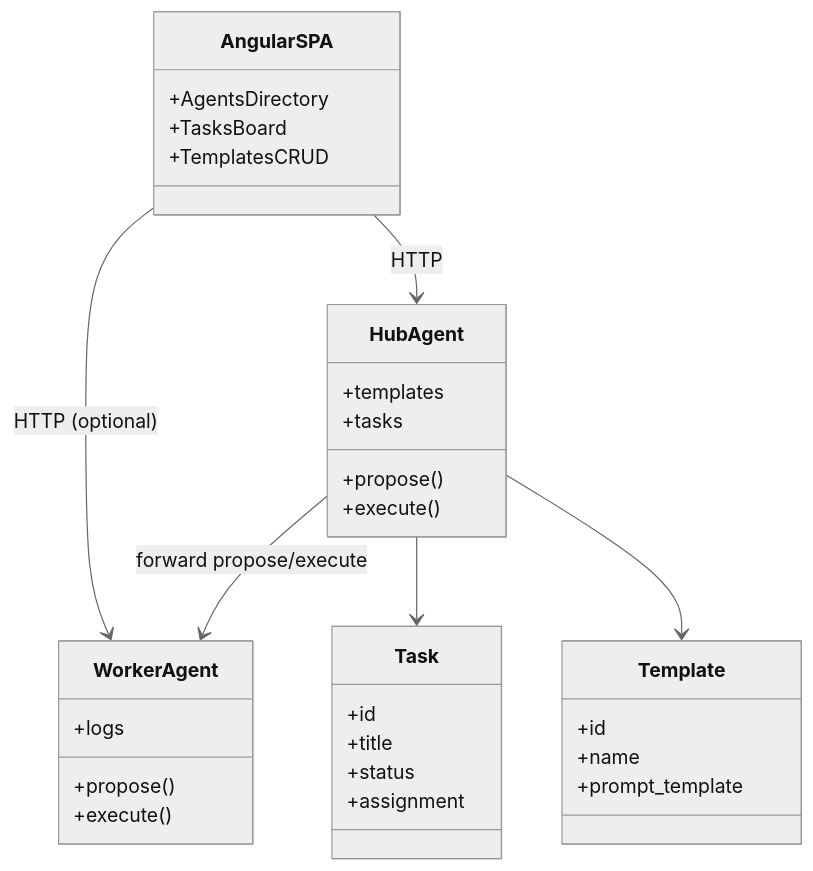
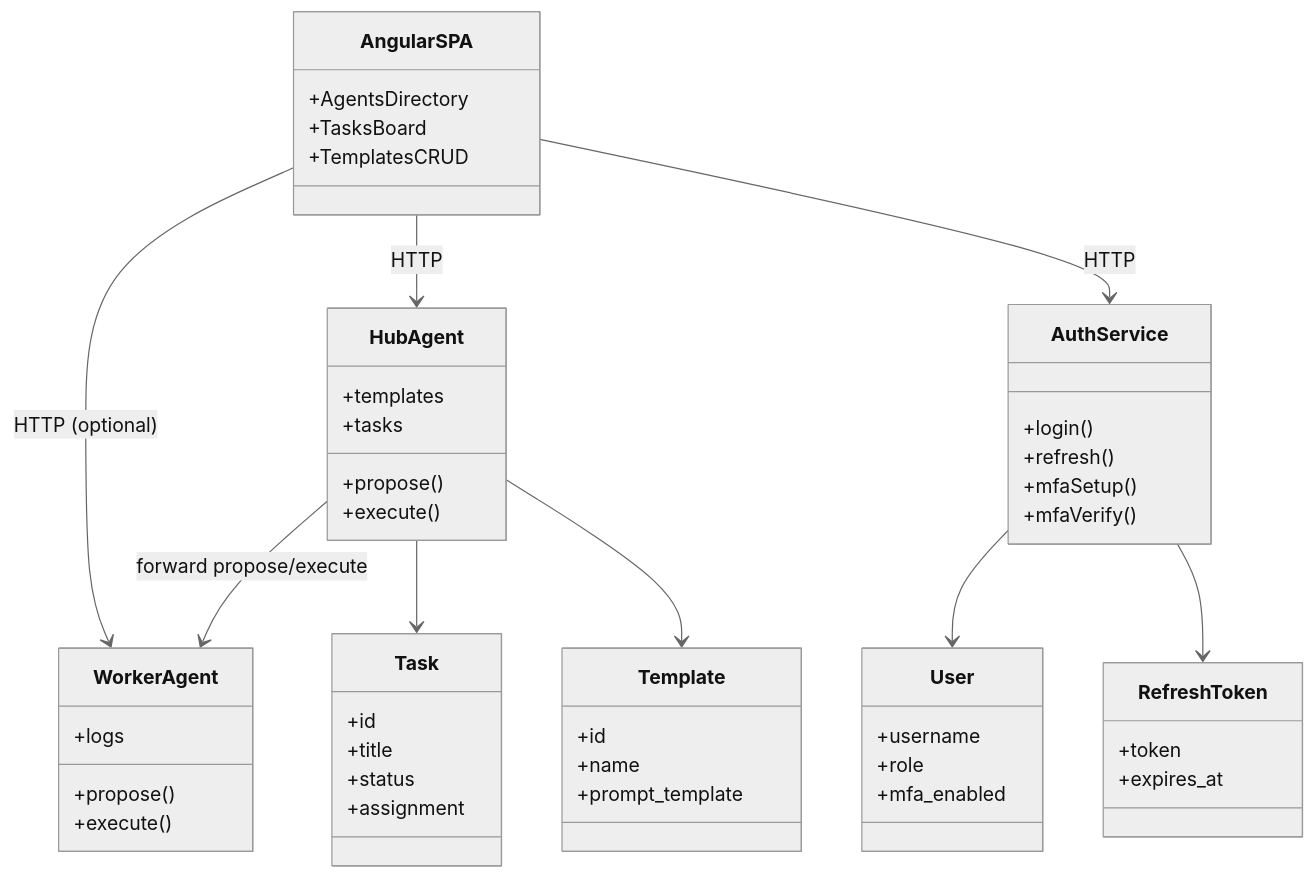
Before and after one commit to ananta888/ananta: the diagram in architektur/uml/backend-class-diagram.mmd, drawn with Mermaid (neutral theme). The commit also changed 8 other files, not shown here.

First line of the commit message:
Enhance architecture diagrams for MFA integration and refactor models

```diff
--- a/architektur/uml/backend-class-diagram.mmd
+++ b/architektur/uml/backend-class-diagram.mmd
@@ -1,34 +1,52 @@
 classDiagram
     class AngularSPA {
         +AgentsDirectory
         +TasksBoard
         +TemplatesCRUD
     }
     class HubAgent {
         +templates
         +tasks
         +propose()
         +execute()
     }
+    class AuthService {
+        +login()
+        +refresh()
+        +mfaSetup()
+        +mfaVerify()
+    }
     class WorkerAgent {
         +propose()
         +execute()
         +logs
+    }
+    class User {
+        +username
+        +role
+        +mfa_enabled
+    }
+    class RefreshToken {
+        +token
+        +expires_at
     }
     class Task {
         +id
         +title
         +status
         +assignment
     }
     class Template {
         +id
         +name
         +prompt_template
     }
 
     AngularSPA --> HubAgent : HTTP
+    AngularSPA --> AuthService : HTTP
     AngularSPA --> WorkerAgent : HTTP (optional)
     HubAgent --> WorkerAgent : forward propose/execute
     HubAgent --> Task
     HubAgent --> Template
+    AuthService --> User
+    AuthService --> RefreshToken
```
